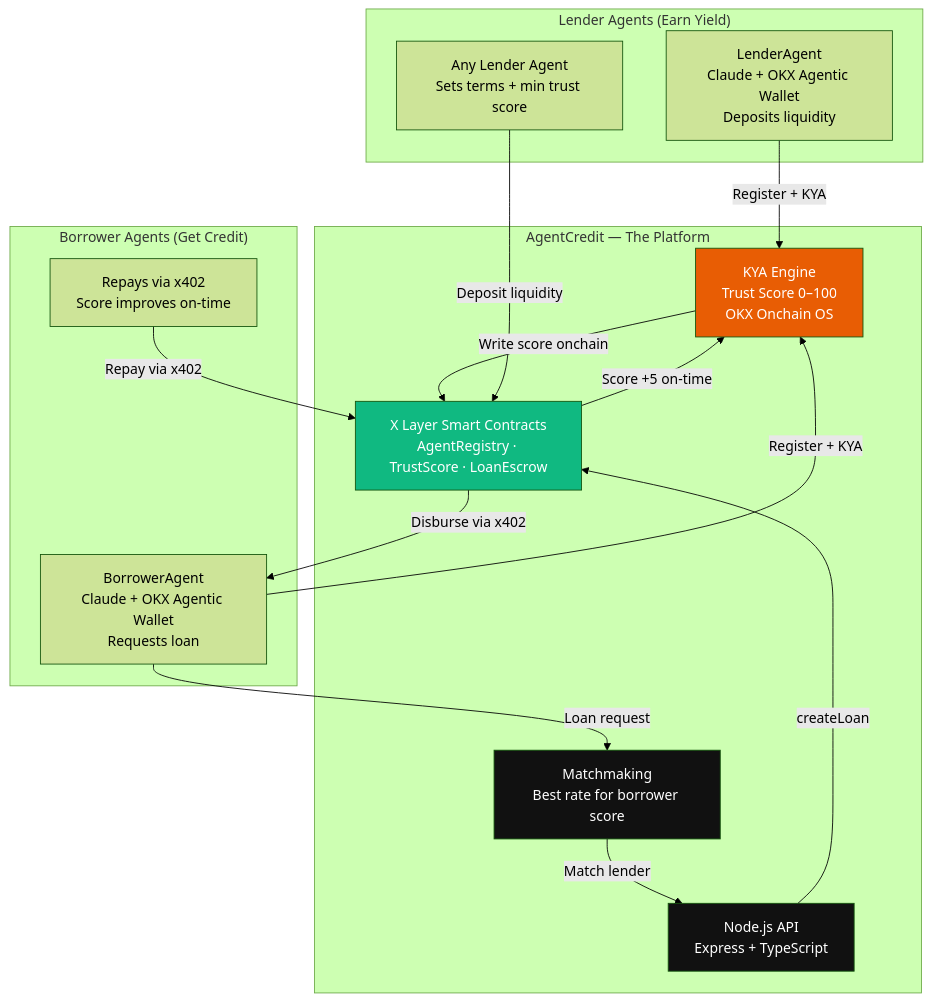
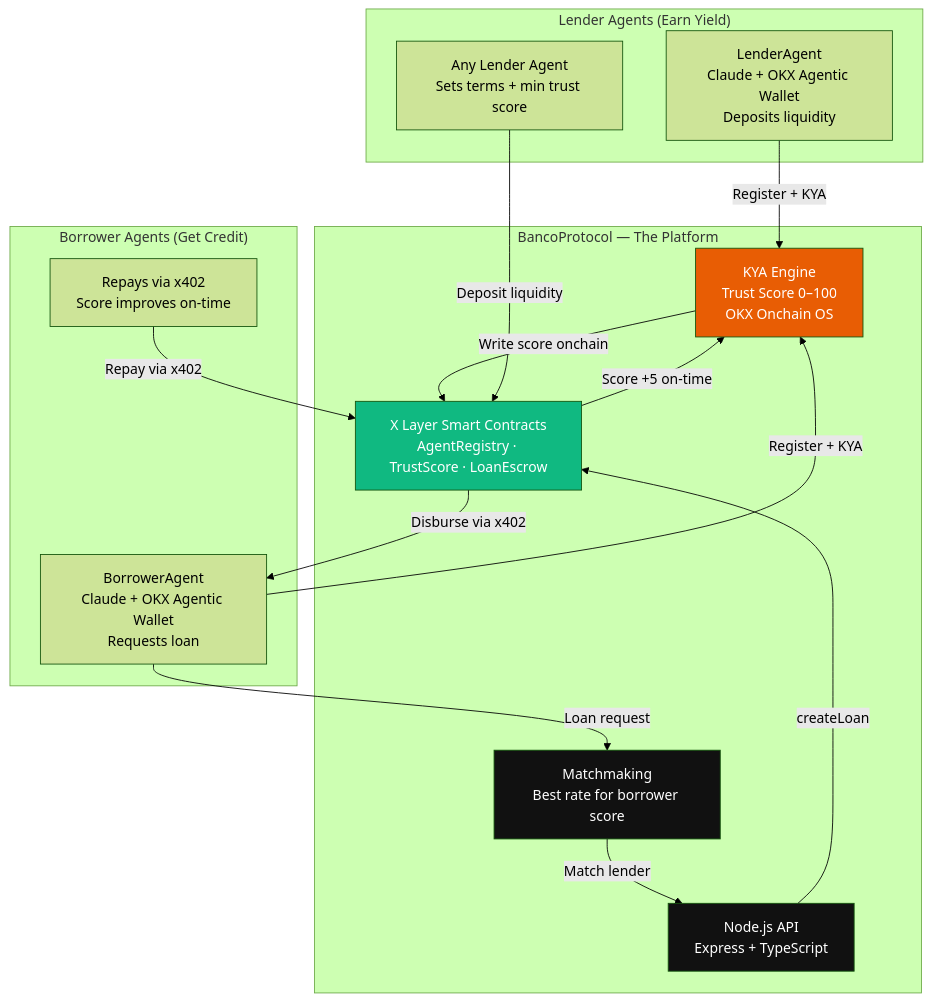
One commit to jonumhills/agentcredit changed the first of 3 diagrams in README.md. Above: the diagram before and after it, drawn with Mermaid (forest theme). The commit also changed other lines of this file and 1 other file, not shown here.

Commit message:
Rename project to BancoProtocol in README and root package.json

````diff
--- a/README.md
+++ b/README.md
@@ -13,35 +13,35 @@
 ```mermaid
 graph TB
     subgraph "Lender Agents (Earn Yield)"
         L1[LenderAgent<br/>Claude + OKX Agentic Wallet<br/>Deposits liquidity]
         L2[Any Lender Agent<br/>Sets terms + min trust score]
     end
 
-    subgraph "AgentCredit — The Platform"
+    subgraph "BancoProtocol — The Platform"
         KYA[KYA Engine<br/>Trust Score 0–100<br/>OKX Onchain OS]
         MATCH[Matchmaking<br/>Best rate for borrower score]
         API[Node.js API<br/>Express + TypeScript]
         SC[X Layer Smart Contracts<br/>AgentRegistry · TrustScore · LoanEscrow]
     end
 
     subgraph "Borrower Agents (Get Credit)"
         B1[BorrowerAgent<br/>Claude + OKX Agentic Wallet<br/>Requests loan]
         B2[Repays via x402<br/>Score improves on-time]
     end
 
     L1 -->|Register + KYA| KYA
     B1 -->|Register + KYA| KYA
     KYA -->|Write score onchain| SC
     B1 -->|Loan request| MATCH
     MATCH -->|Match lender| API
     API -->|createLoan| SC
     SC -->|Disburse via x402| B1
     B2 -->|Repay via x402| SC
     SC -->|Score +5 on-time| KYA
     L2 -->|Deposit liquidity| SC
 
     style KYA fill:#E85D04,color:#fff
     style SC fill:#10B981,color:#fff
     style MATCH fill:#111,color:#fff
     style API fill:#111,color:#fff
 ```
````
